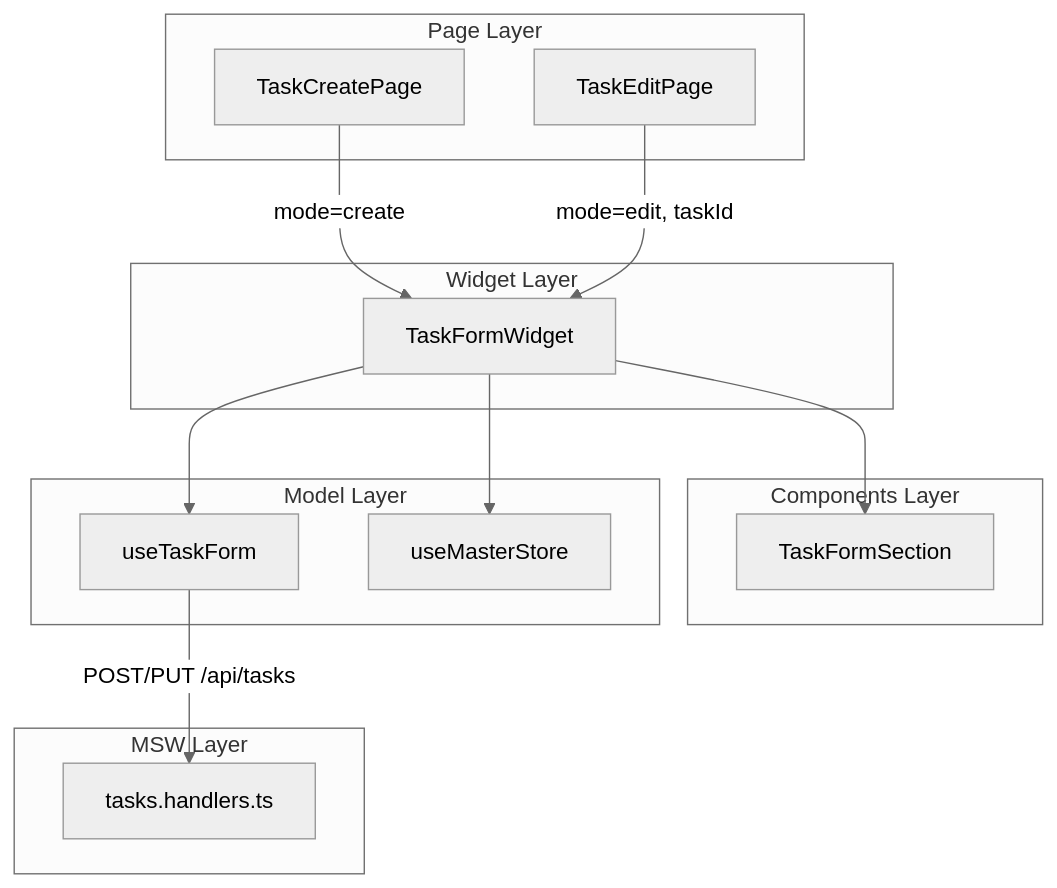
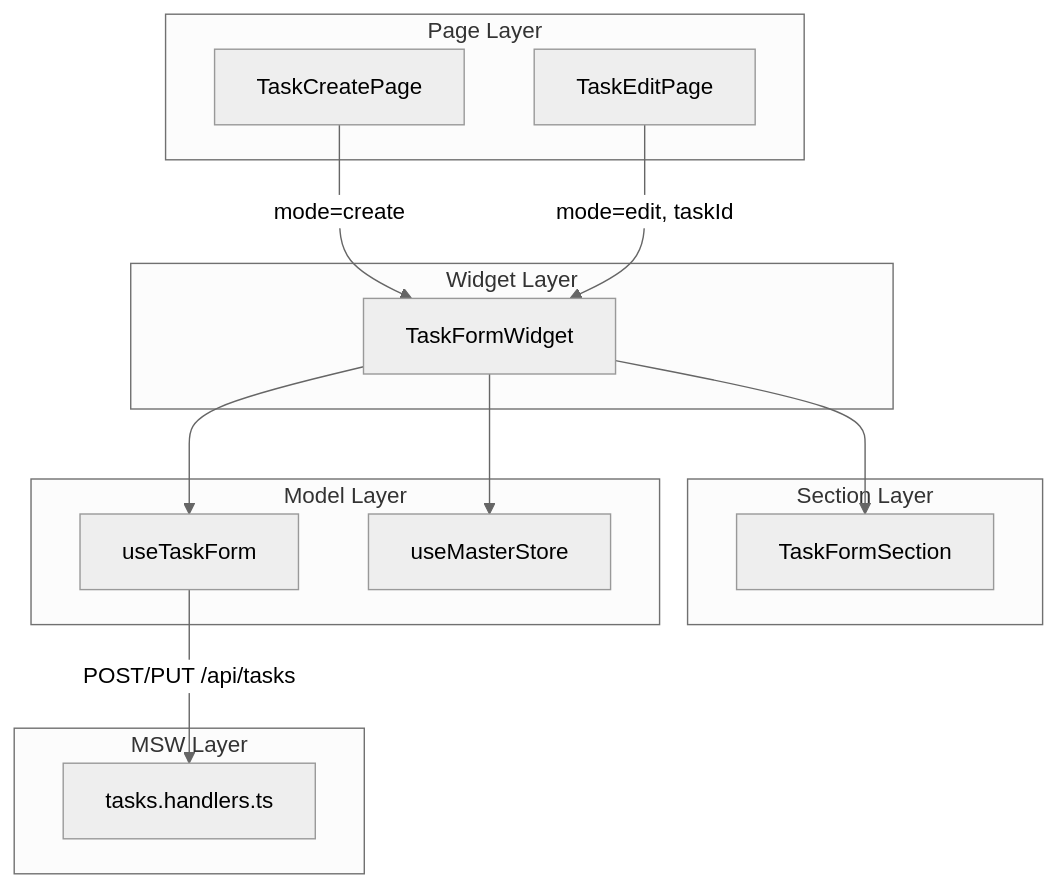
The first of 3 diagrams in sample/document/Phase3_フォーム画面_実装解説.md (kaisuzuk/vue3-sample), drawn with Mermaid (neutral theme) before and after one commit. The commit also changed other lines of this file and 35 other files, not shown here.

````diff
--- a/sample/document/Phase3_フォーム画面_実装解説.md
+++ b/sample/document/Phase3_フォーム画面_実装解説.md
@@ -32,31 +42,31 @@
 ```mermaid
 graph TD
     subgraph Page Layer
         TCP[TaskCreatePage]
         TEP[TaskEditPage]
     end
     
     subgraph Widget Layer
         TFW[TaskFormWidget]
     end
     
-    subgraph Components Layer
+    subgraph Section Layer
         TFS[TaskFormSection]
     end
     
     subgraph Model Layer
         UTF[useTaskForm]
         UMS[useMasterStore]
     end
     
     subgraph MSW Layer
         TH[tasks.handlers.ts]
     end
     
     TCP -->|mode=create| TFW
     TEP -->|mode=edit, taskId| TFW
     TFW --> TFS
     TFW --> UTF
     TFW --> UMS
     UTF -->|POST/PUT /api/tasks| TH
 ```
````
